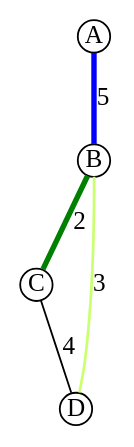
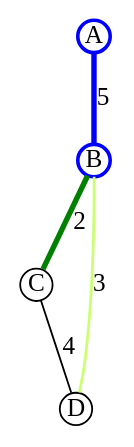
The diagram in graph/DemoSmallPrim2.dot (microtherion/FD1_HS13_U1_GKMN), drawn with Graphviz before and after one commit. The commit also changed 5 other files, not shown here.

```diff
--- a/graph/DemoSmallPrim2.dot
+++ b/graph/DemoSmallPrim2.dot
@@ -1,7 +1,9 @@
 graph DemoSmall {
       node [height=0.25,width=0.25,fixedsize=true]
+      A [penwidth=2, color="blue"]
+      B [penwidth=2, color="blue"]
       A -- B [label="5", penwidth=3, color="blue"]
       B -- C [label="2", penwidth=3, color="green"]
       B -- D [label="3", penwidth=1.5, color="darkolivegreen1"]
       C -- D [label="4"]
 }
```
